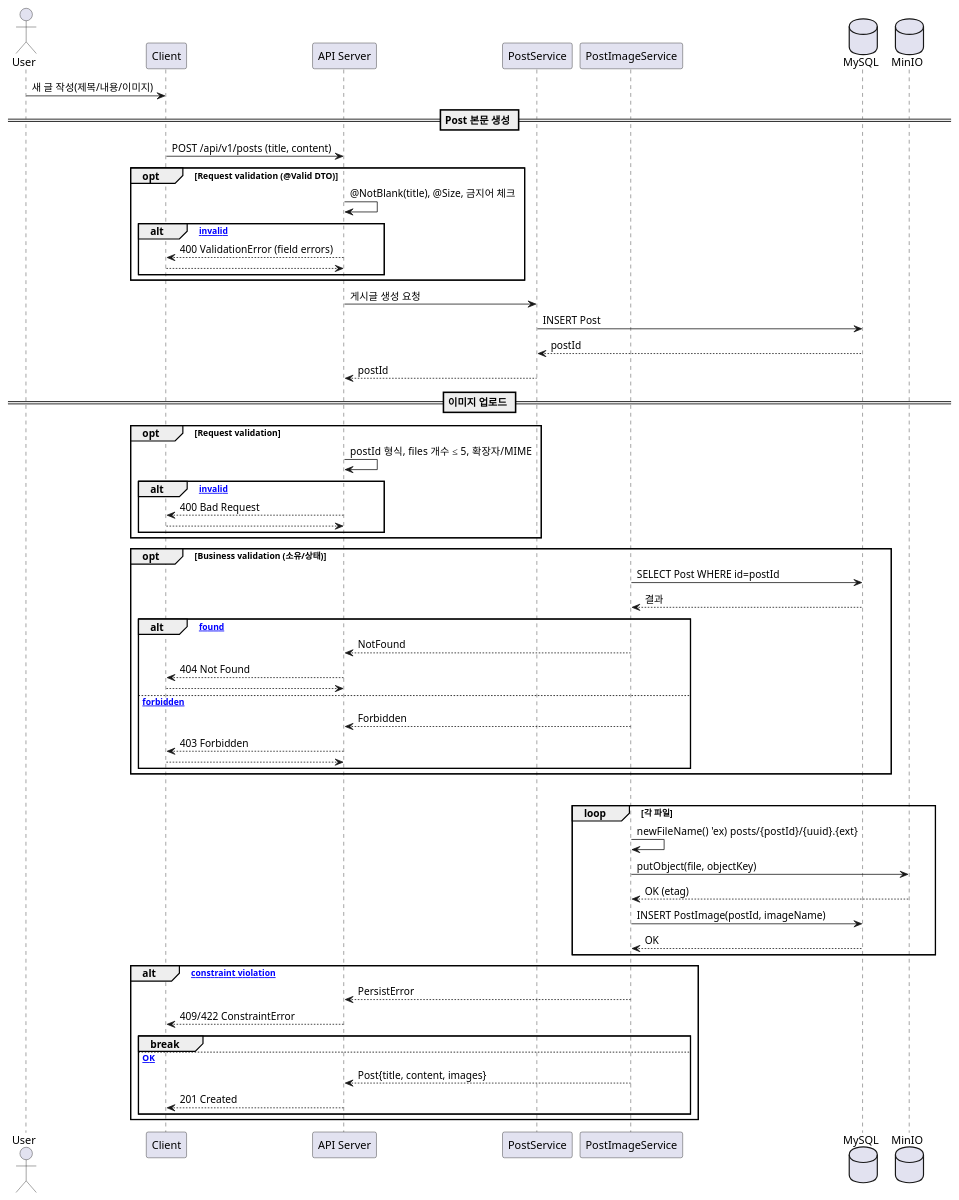
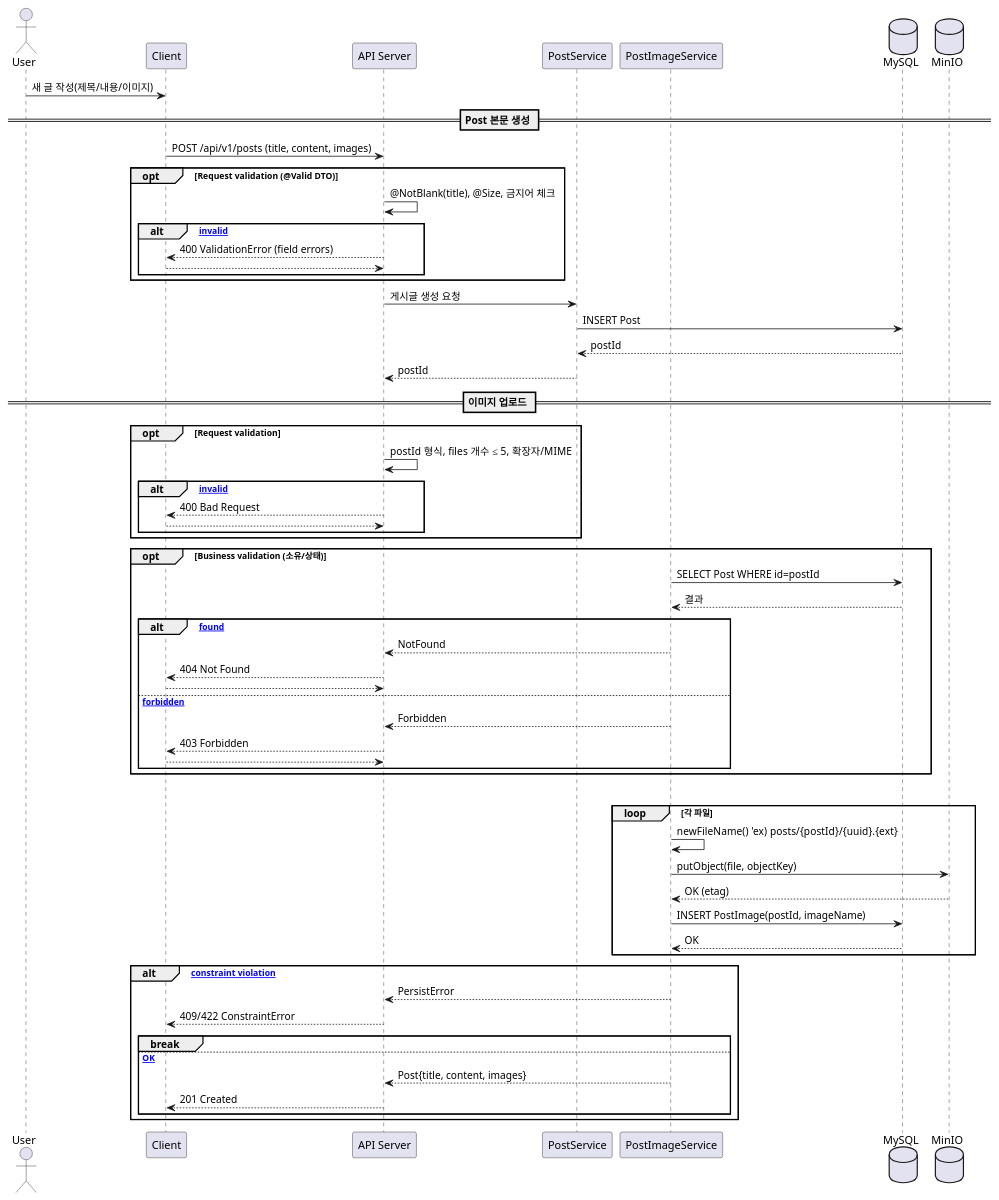
One commit to HyeonSeongIM/PersonalProject changed the diagram in backend/src/main/java/project/personalproject/domain/post/post/service/createPost.puml. Above: the diagram before and after it, drawn with PlantUML.

Commit message:
[#31] Refactor : CreatePost 시퀀스 다이어그램 생성

```diff
--- a/backend/src/main/java/project/personalproject/domain/post/post/service/createPost.puml
+++ b/backend/src/main/java/project/personalproject/domain/post/post/service/createPost.puml
@@ -1,71 +1,71 @@
 @startuml
 actor User as U
 participant "Client" as C
 participant "API Server" as S
 participant "PostService" as PS
 participant "PostImageService" as PIS
 database "MySQL" as DB
 database "MinIO" as M
 
 U -> C: 새 글 작성(제목/내용/이미지)
 
 == Post 본문 생성 ==
-C -> S: POST /api/v1/posts (title, content)
+C -> S: POST /api/v1/posts (title, content, images)
 
 opt Request validation (@Valid DTO)
   S -> S: @NotBlank(title), @Size, 금지어 체크
   alt [invalid]
     S --> C: 400 ValidationError (field errors)
     return
   end
 end
 
 S -> PS: 게시글 생성 요청
 PS -> DB: INSERT Post
 DB --> PS: postId
 PS --> S: postId
 
 == 이미지 업로드 ==
 
 opt Request validation
   S -> S: postId 형식, files 개수 ≤ 5, 확장자/MIME
   alt [invalid]
     S --> C: 400 Bad Request
     return
   end
 end
 
 
 opt Business validation (소유/상태)
   PIS -> DB: SELECT Post WHERE id=postId
   DB --> PIS: 결과
   alt [not found]
     PIS --> S: NotFound
     S --> C: 404 Not Found
     return
   else [forbidden]
     PIS --> S: Forbidden
     S --> C: 403 Forbidden
     return
   end
 end
 
 group TX(PostImage)
   loop 각 파일
     PIS -> PIS: newFileName()  'ex) posts/{postId}/{uuid}.{ext}
     PIS -> M: putObject(file, objectKey)
     M --> PIS: OK (etag)
     PIS -> DB: INSERT PostImage(postId, imageName)
     DB --> PIS: OK
   end
   alt [DB constraint violation]
     PIS --> S: PersistError
     S --> C: 409/422 ConstraintError
     break
   else [OK]
     PIS --> S: Post{title, content, images}
     S --> C: 201 Created
   end
 end
 
 @enduml
```
